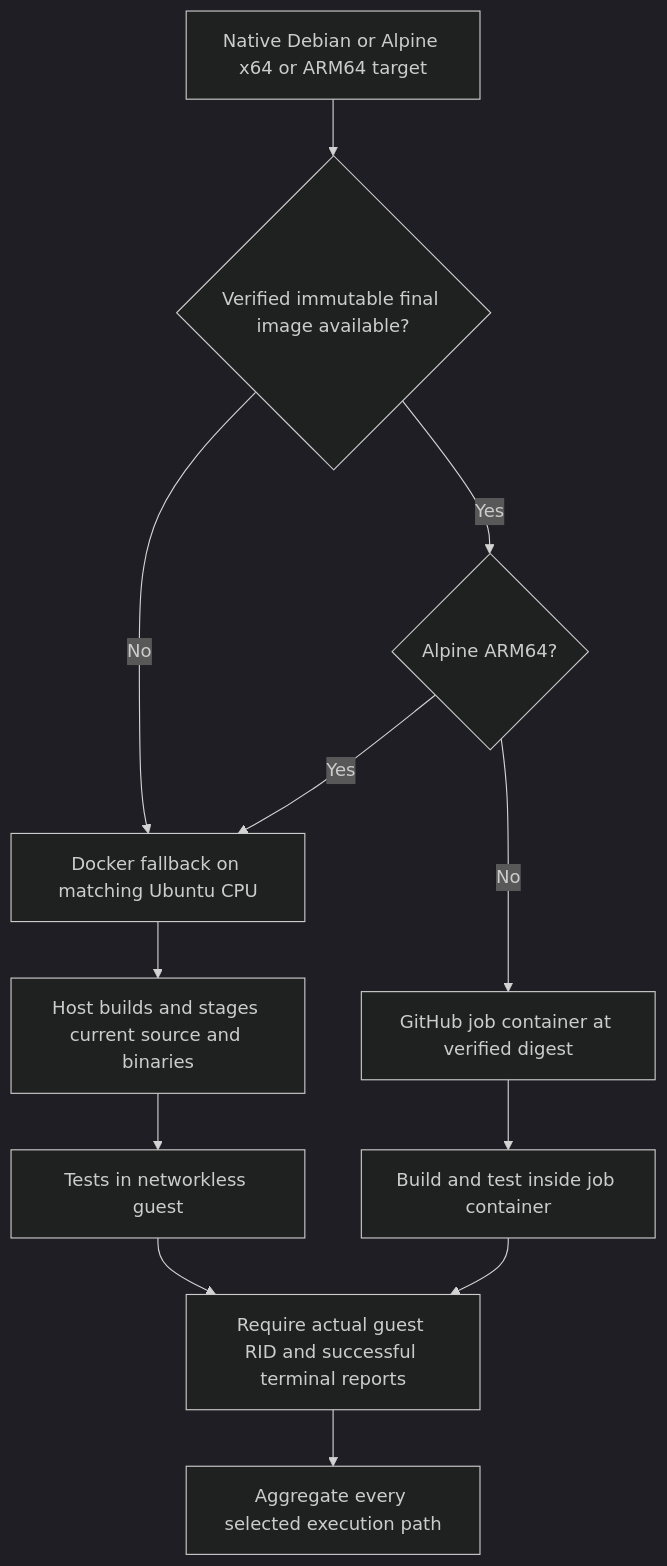
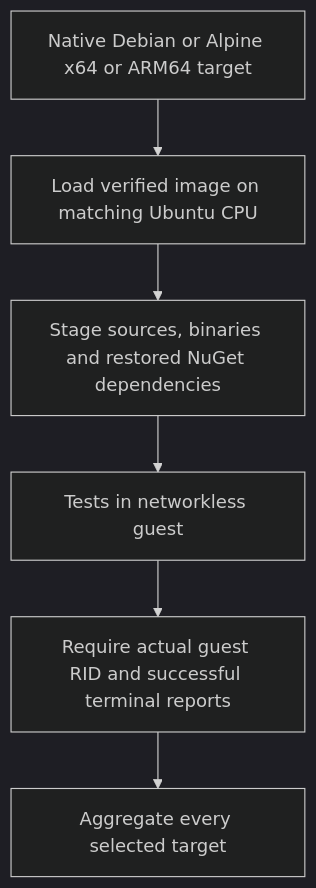
The second of 4 diagrams in docs/ci/execution-model.md (FrenchExDev2/QuietCli.PoSh), drawn with Mermaid (dark theme) before and after one commit. The commit also changed other lines of this file and 31 other files, not shown here.

Commit message:
Share verified .NET build artifacts across pull request jobs

````diff
--- a/docs/ci/execution-model.md
+++ b/docs/ci/execution-model.md
@@ -35,14 +39,8 @@
 ```mermaid
 flowchart TD
-    T[Native Debian or Alpine x64 or ARM64 target] --> V{Verified immutable final image available?}
-    V -- No --> D[Docker fallback on matching Ubuntu CPU]
-    V -- Yes --> A{Alpine ARM64?}
-    A -- Yes --> D
-    A -- No --> C[GitHub job container at verified digest]
-    D --> H[Host builds and stages current source and binaries]
+    T[Native Debian or Alpine x64 or ARM64 target] --> D[Load verified image on matching Ubuntu CPU]
+    D --> H[Stage sources, binaries and restored NuGet dependencies]
     H --> N[Tests in networkless guest]
-    C --> B[Build and test inside job container]
     N --> R[Require actual guest RID and successful terminal reports]
-    B --> R
-    R --> G[Aggregate every selected execution path]
+    R --> G[Aggregate every selected target]
 ```
````
